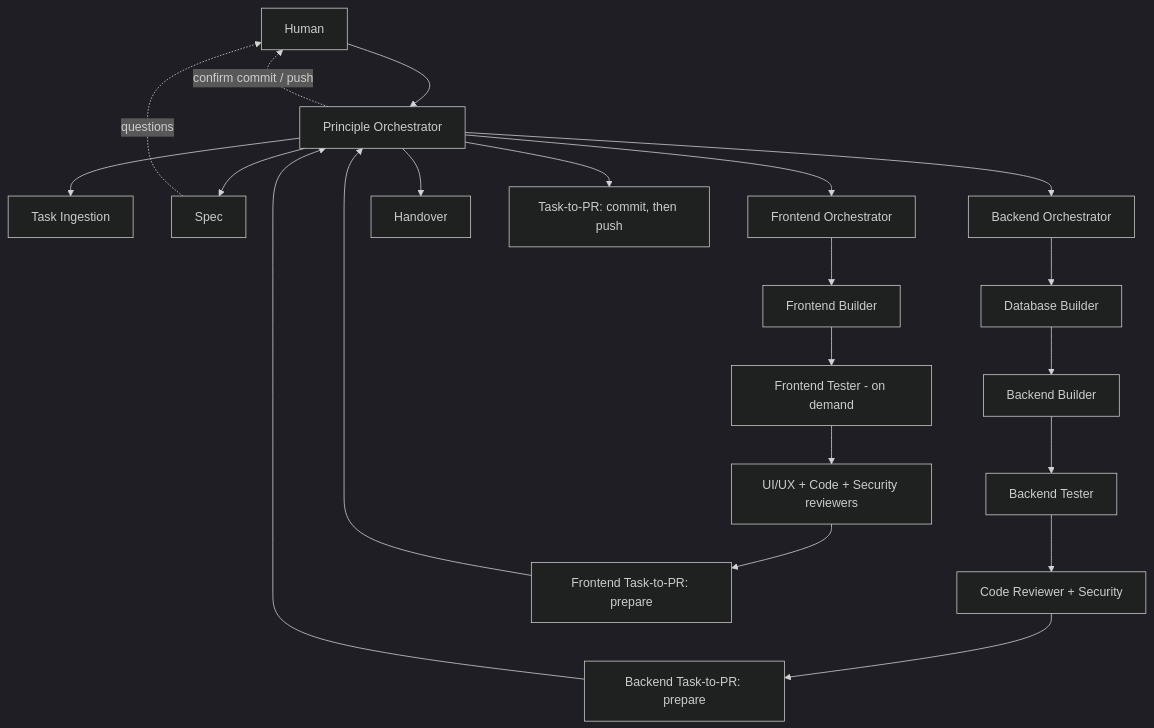
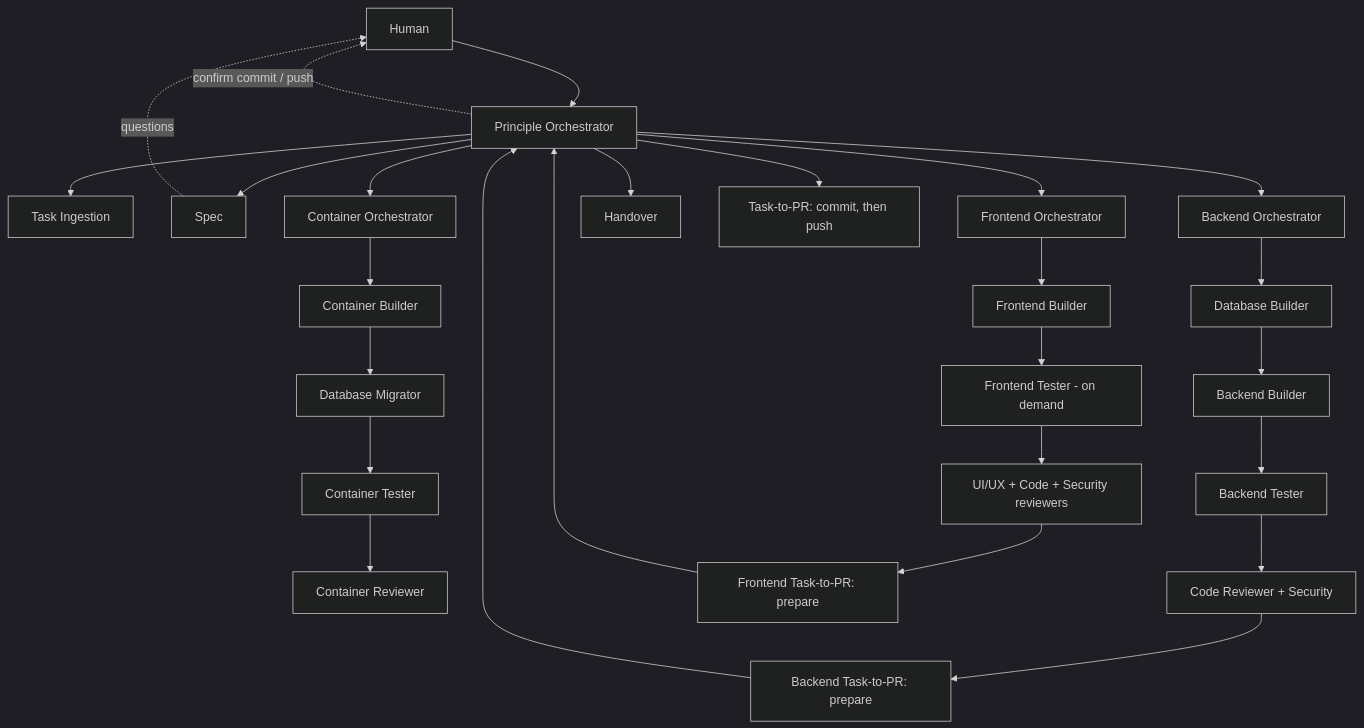
The diagram in docs/workflow.md (NorbertVincze04/full-stack-ai-agents), drawn with Mermaid (dark theme) before and after one commit. The commit also changed other lines of this file and 59 other files, not shown here.

````diff
--- a/docs/workflow.md
+++ b/docs/workflow.md
@@ -5,17 +5,19 @@
 ```mermaid
 flowchart TD
   H[Human] --> PO[Principle Orchestrator]
   PO --> TI[Task Ingestion]
   PO --> SP[Spec]
   SP -. questions .-> H
   PO --> FO[Frontend Orchestrator]
   PO --> BO[Backend Orchestrator]
+  PO --> CO[Container Orchestrator]
+  CO --> CB[Container Builder] --> DM[Database Migrator] --> CT[Container Tester] --> CR[Container Reviewer]
   FO --> FB[Frontend Builder] --> FT[Frontend Tester - on demand] --> FR[UI/UX + Code + Security reviewers]
   BO --> DB[Database Builder] --> BB[Backend Builder] --> BT[Backend Tester] --> BR[Code Reviewer + Security]
   PO --> HO[Handover]
   FR --> PR1[Frontend Task-to-PR: prepare]
   BR --> PR2[Backend Task-to-PR: prepare]
   PR1 & PR2 --> PO
   PO -. confirm commit / push .-> H
   PO --> PRC[Task-to-PR: commit, then push]
 ```
````
